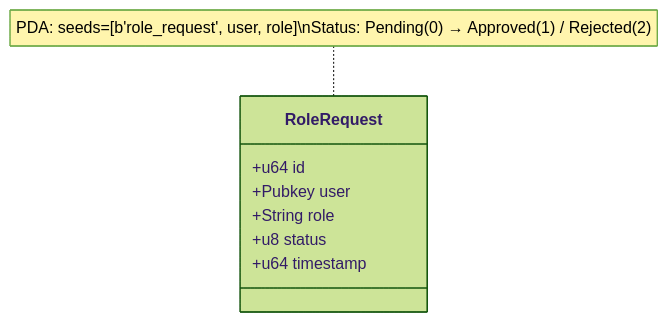
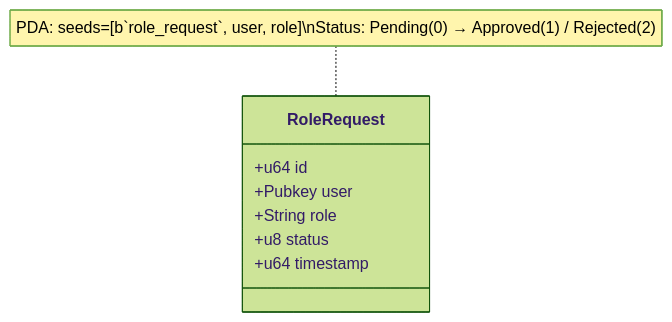
One commit to 87maxi/SupplyChainTracker-solana- changed the ninth of 18 diagrams in README.md. Above: the diagram before and after it, drawn with Mermaid (forest theme). The commit also changed other lines of this file, not shown here.

First line of the commit message:
fix: repair Mermaid diagram parse errors in README.md

````diff
--- a/README.md
+++ b/README.md
@@ -274,12 +274,12 @@
 ```mermaid
 classDiagram
     class RoleRequest {
         +u64 id
         +Pubkey user
         +String role
         +u8 status
         +u64 timestamp
     }
 
-    note for RoleRequest "PDA: seeds=[b'role_request', user, role]\nStatus: Pending(0) → Approved(1) / Rejected(2)"
+    note for RoleRequest "PDA: seeds=[b`role_request`, user, role]\nStatus: Pending(0) → Approved(1) / Rejected(2)"
 ```
````
